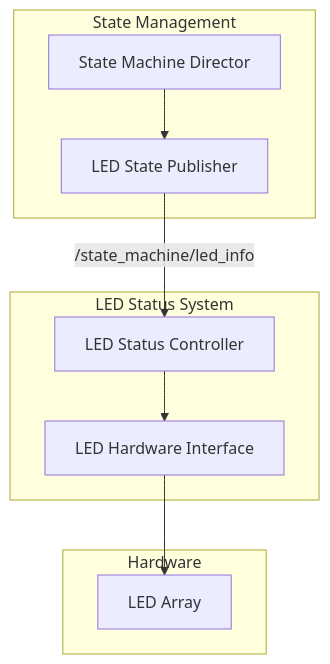
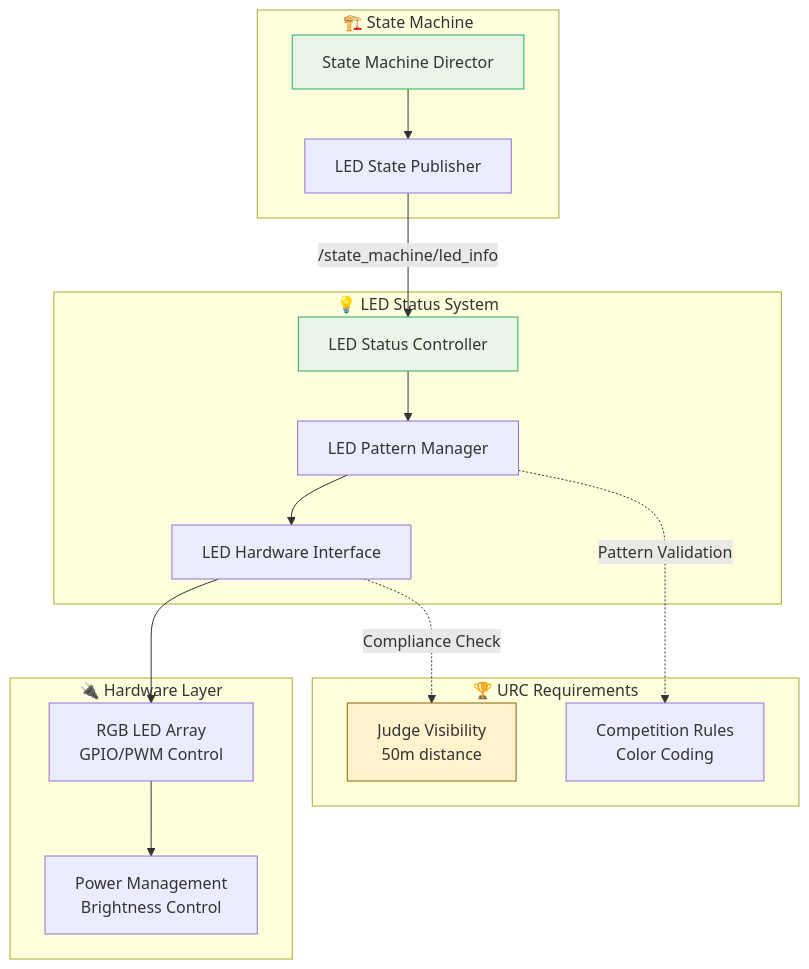
One commit to SJSURoboticsTeam/urc-machiato-2026 changed the first of 4 diagrams in Autonomy/code/led_status/README.md. Above: the diagram before and after it, drawn with Mermaid. The commit also changed other lines of this file and 1338 other files, not shown here.

````diff
--- a/Autonomy/code/led_status/README.md
+++ b/Autonomy/code/led_status/README.md
@@ -33,21 +39,37 @@
 ```mermaid
-flowchart TD
-    subgraph "State Management"
-        SM[State Machine Director]
+graph TB
+    subgraph "🏗️ State Machine"
+        SMD[State Machine Director]
         LSP[LED State Publisher]
     end
-    
-    subgraph "LED Status System"
+
+    subgraph "💡 LED Status System"
         LSC[LED Status Controller]
         LHI[LED Hardware Interface]
+        LPM[LED Pattern Manager]
     end
-    
-    subgraph "Hardware"
-        LED[LED Array]
+
+    subgraph "🔌 Hardware Layer"
+        LED[RGB LED Array<br/>GPIO/PWM Control]
+        PWR[Power Management<br/>Brightness Control]
     end
-    
-    SM --> LSP
+
+    subgraph "🏆 URC Requirements"
+        JUDGE[Judge Visibility<br/>50m distance]
+        RULES[Competition Rules<br/>Color Coding]
+    end
+
+    SMD --> LSP
     LSP -->|/state_machine/led_info| LSC
-    LSC --> LHI
+    LSC --> LPM
+    LPM --> LHI
     LHI --> LED
+    LED --> PWR
+
+    LHI -.->|Compliance Check| JUDGE
+    LPM -.->|Pattern Validation| RULES
+
+    style SMD fill:#e8f5e8,stroke:#27ae60
+    style LSC fill:#e8f5e8,stroke:#27ae60
+    style JUDGE fill:#fff3cd,stroke:#856404
 ```
````
